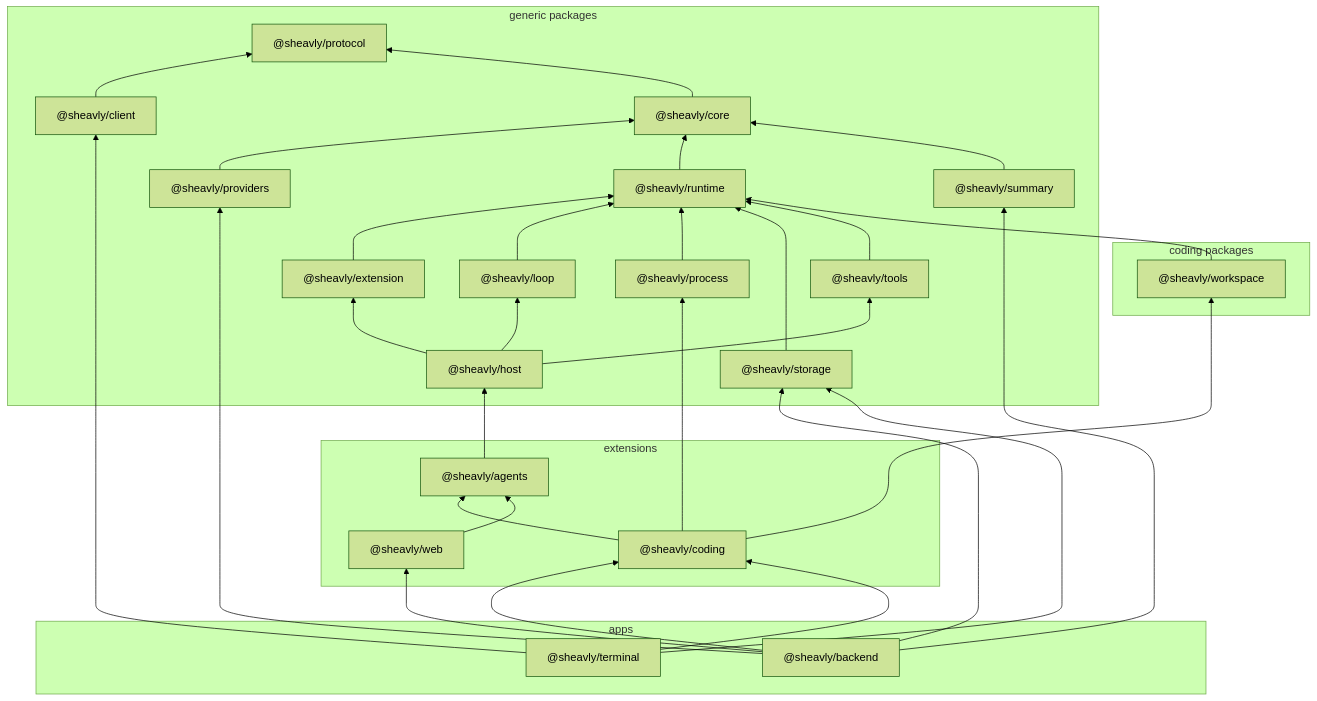
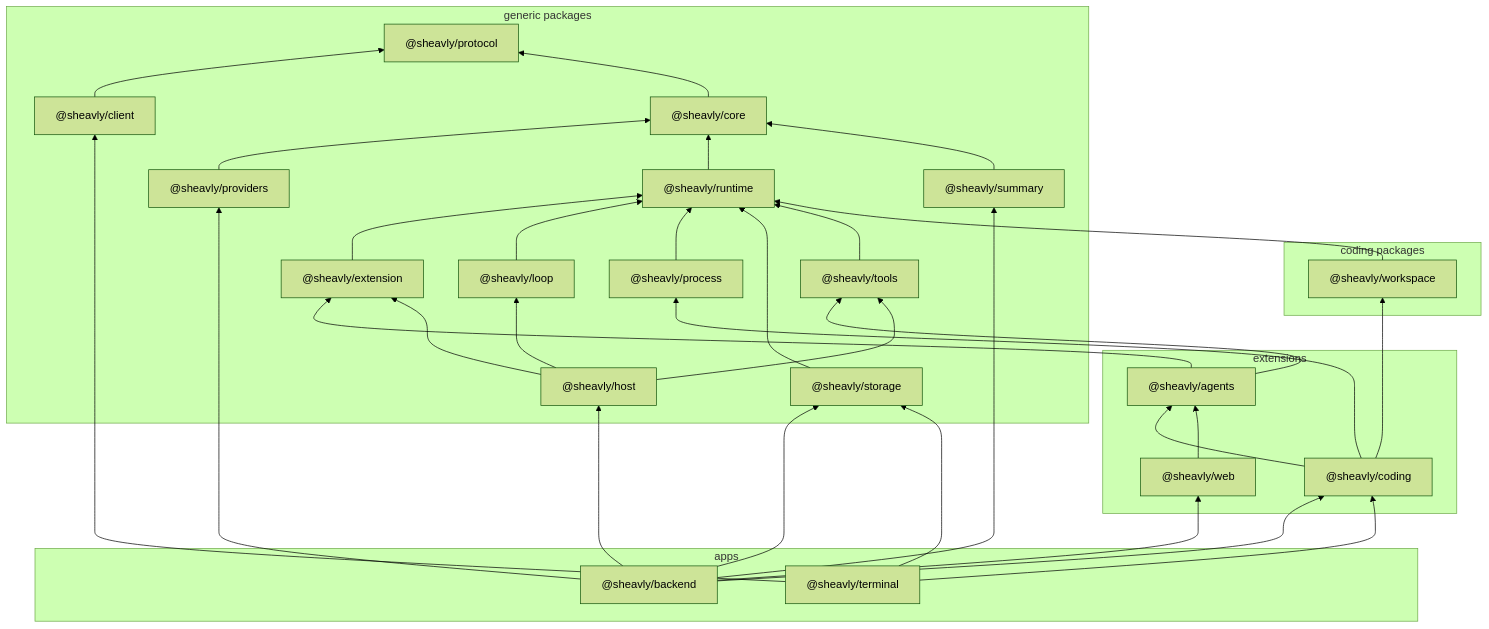
Before and after one commit to Sheavly/code: the diagram in docs/overview.md, drawn with Mermaid (forest theme). The commit also changed 6 other files, not shown here.

First line of the commit message:
chore: list the host as a development dependency of agents and coding

````diff
--- a/docs/overview.md
+++ b/docs/overview.md
@@ -35,56 +35,58 @@
 ```mermaid
 flowchart BT
   subgraph group_generic ["generic packages"]
     client["@sheavly/client"]
     core["@sheavly/core"]
     extension["@sheavly/extension"]
     host["@sheavly/host"]
     loop["@sheavly/loop"]
     process["@sheavly/process"]
     protocol["@sheavly/protocol"]
     providers["@sheavly/providers"]
     runtime["@sheavly/runtime"]
     storage["@sheavly/storage"]
     summary["@sheavly/summary"]
     tools["@sheavly/tools"]
   end
   subgraph group_coding ["coding packages"]
     workspace["@sheavly/workspace"]
   end
   subgraph group_extensions ["extensions"]
     agents["@sheavly/agents"]
     coding["@sheavly/coding"]
     web["@sheavly/web"]
   end
   subgraph group_apps ["apps"]
     backend["@sheavly/backend"]
     terminal["@sheavly/terminal"]
   end
-  agents --> host
+  agents --> extension
+  agents --> tools
   backend --> coding
+  backend --> host
   backend --> providers
   backend --> storage
   backend --> summary
   backend --> web
   client --> protocol
   coding --> agents
   coding --> process
   coding --> workspace
   core --> protocol
   extension --> runtime
   host --> extension
   host --> loop
   host --> tools
   loop --> runtime
   process --> runtime
   providers --> core
   runtime --> core
   storage --> runtime
   summary --> core
   terminal --> client
   terminal --> coding
   terminal --> storage
   tools --> runtime
   web --> agents
   workspace --> runtime
 ```
````
